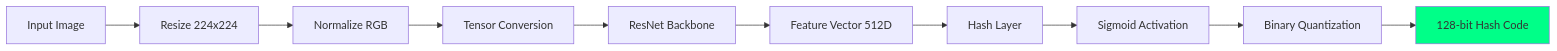
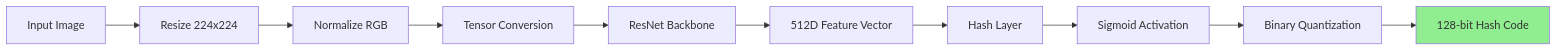
Before and after one commit to BTech20/biometric-auth-system: the fifth of 14 diagrams in ARCHITECTURE.md, drawn with Mermaid. The commit also changed other lines of this file, not shown here.

First line of the commit message:
Fix Mermaid diagram rendering issues for GitHub

````diff
--- a/ARCHITECTURE.md
+++ b/ARCHITECTURE.md
@@ -188,14 +213,14 @@
 ```mermaid
-graph LR
-    A[Input Image] --> B[Resize 224x224]
-    B --> C[Normalize RGB]
-    C --> D[Tensor Conversion]
-    D --> E[ResNet Backbone]
-    E --> F[Feature Vector 512D]
-    F --> G[Hash Layer]
-    G --> H[Sigmoid Activation]
-    H --> I[Binary Quantization]
-    I --> J[128-bit Hash Code]
+flowchart LR
+    A["Input Image"] --> B["Resize 224x224"]
+    B --> C["Normalize RGB"]
+    C --> D["Tensor Conversion"]
+    D --> E["ResNet Backbone"]
+    E --> F["512D Feature Vector"]
+    F --> G["Hash Layer"]
+    G --> H["Sigmoid Activation"]
+    H --> I["Binary Quantization"]
+    I --> J["128-bit Hash Code"]
     
-    style J fill:#00ff88
+    style J fill:#90EE90
 ```
````
